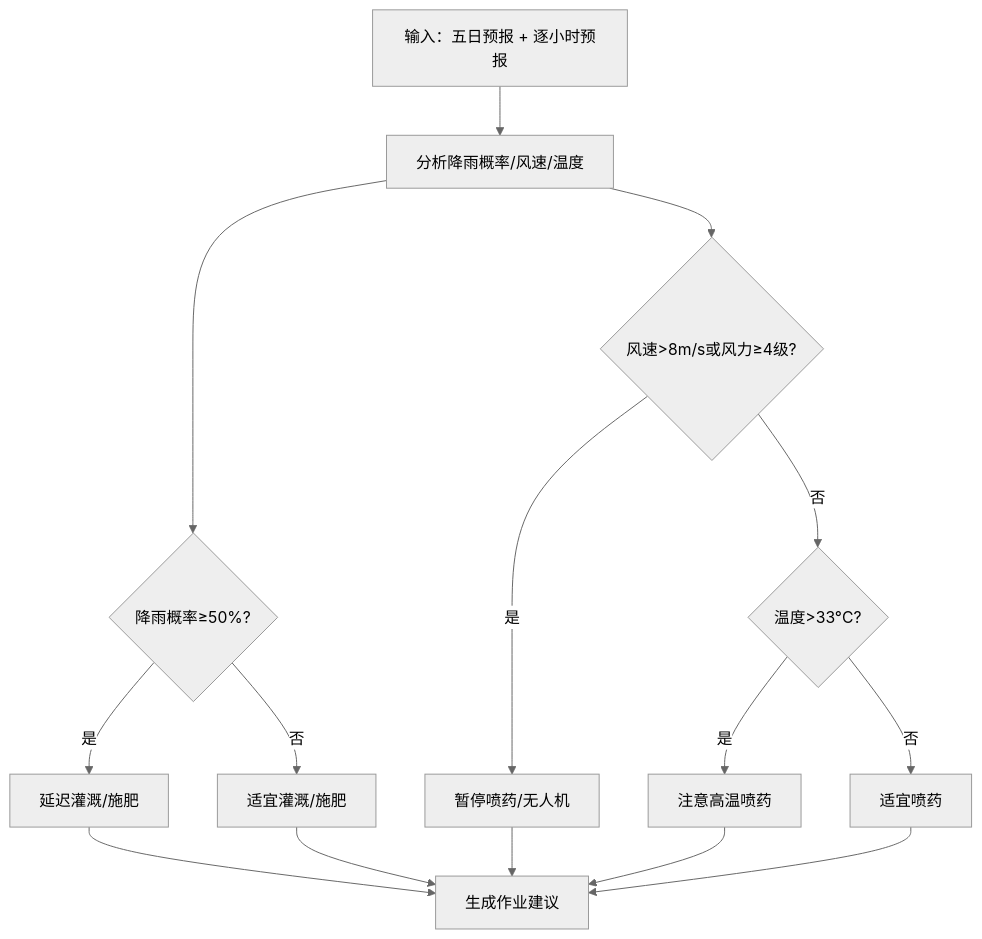
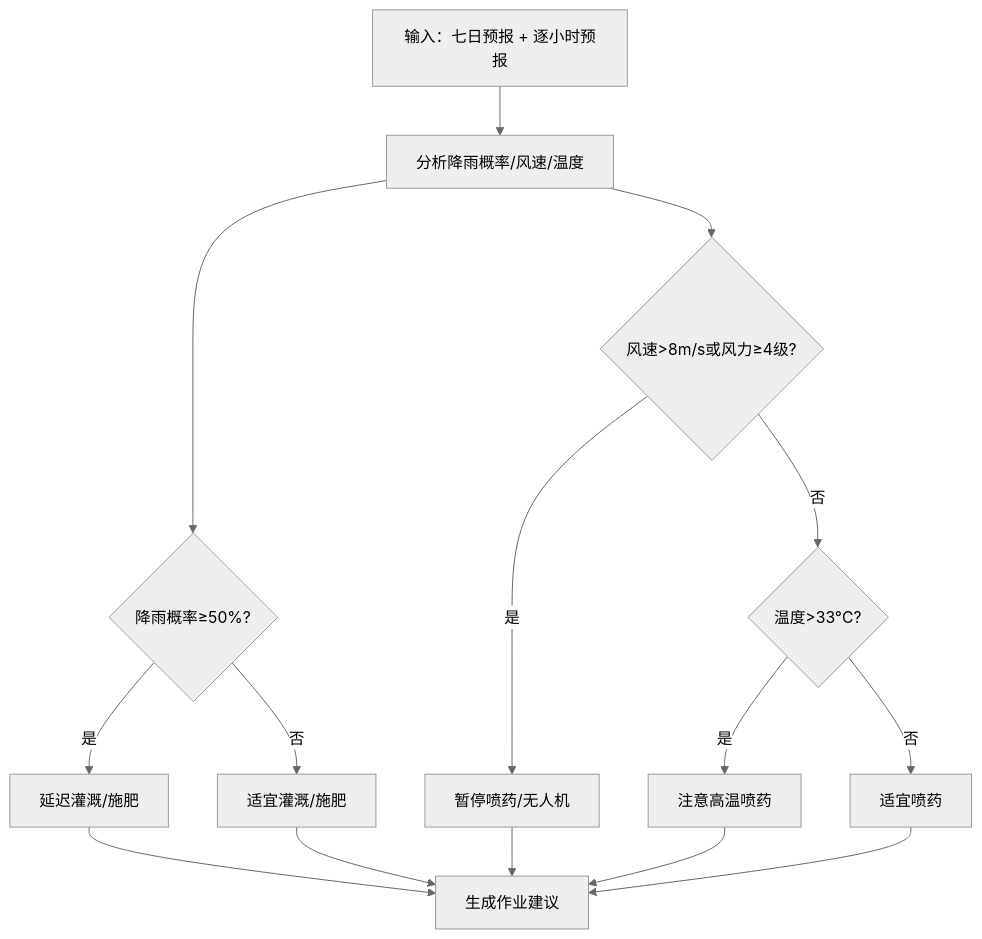
One commit to q446328246/agri-platform changed diagram 14 of 15 in .qoder/repowiki/zh/content/核心服务文档/其他业务服务.md. Above: the diagram before and after it, drawn with Mermaid (neutral theme). The commit also changed other lines of this file and 39 other files, not shown here.

````diff
--- a/.qoder/repowiki/zh/content/核心服务文档/其他业务服务.md
+++ b/.qoder/repowiki/zh/content/核心服务文档/其他业务服务.md
@@ -455,17 +461,17 @@
 ```mermaid
 flowchart TD
-INPUT["输入：五日预报 + 逐小时预报"] --> ANALYZE["分析降雨概率/风速/温度"]
+INPUT["输入：七日预报 + 逐小时预报"] --> ANALYZE["分析降雨概率/风速/温度"]
 ANALYZE --> RAIN_CHECK{"降雨概率≥50%?"}
 RAIN_CHECK --> |是| DELAY_IRR["延迟灌溉/施肥"]
 RAIN_CHECK --> |否| OK_IRR["适宜灌溉/施肥"]
 ANALYZE --> WIND_CHECK{"风速>8m/s或风力≥4级?"}
 WIND_CHECK --> |是| SUSPEND_SPRAY["暂停喷药/无人机"]
 WIND_CHECK --> |否| TEMP_CHECK{"温度>33°C?"}
 TEMP_CHECK --> |是| ATTENTION_SPRAY["注意高温喷药"]
 TEMP_CHECK --> |否| OK_SPRAY["适宜喷药"]
 DELAY_IRR --> OUTPUT["生成作业建议"]
 OK_IRR --> OUTPUT
 SUSPEND_SPRAY --> OUTPUT
 ATTENTION_SPRAY --> OUTPUT
 OK_SPRAY --> OUTPUT
 ```
````
